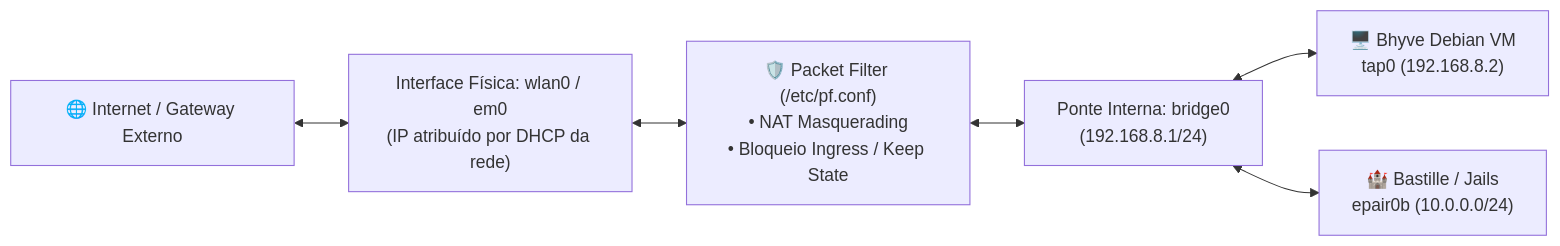
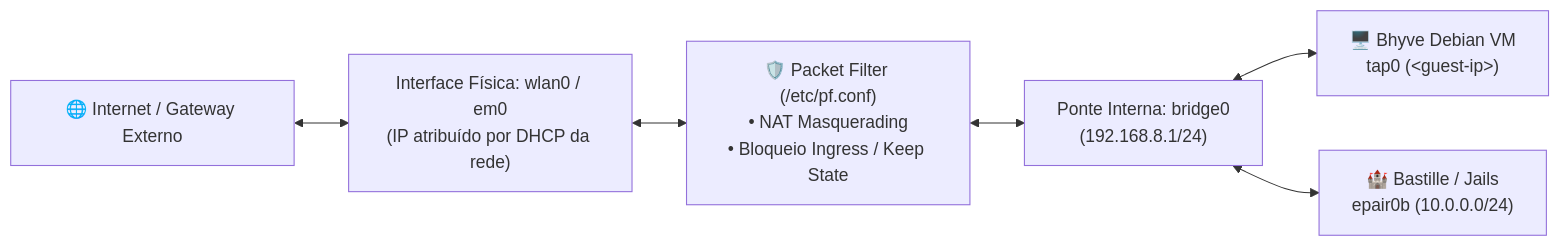
One commit to GabrielFrigo4/environment changed the diagram in docs/freebsd/03-redes-e-firewall-pf.md. Above: the diagram before and after it, drawn with Mermaid. The commit also changed other lines of this file and 26 other files, not shown here.

````diff
--- a/docs/freebsd/03-redes-e-firewall-pf.md
+++ b/docs/freebsd/03-redes-e-firewall-pf.md
@@ -11,15 +11,15 @@
 ```mermaid
 flowchart LR
     WAN["🌐 Internet / Gateway Externo"]
     EXT["Interface Física: wlan0 / em0<br/>(IP atribuído por DHCP da rede)"]
     PF["🛡️ Packet Filter (/etc/pf.conf)<br/>• NAT Masquerading<br/>• Bloqueio Ingress / Keep State"]
     BR["Ponte Interna: bridge0<br/>(192.168.8.1/24)"]
-    VM["🖥️ Bhyve Debian VM<br/>tap0 (192.168.8.2)"]
+    VM["🖥️ Bhyve Debian VM<br/>tap0 (&lt;guest-ip&gt;)"]
     JL["🏰 Bastille / Jails<br/>epair0b (10.0.0.0/24)"]
 
     WAN <--> EXT
     EXT <--> PF
     PF <--> BR
     BR <--> VM
     BR <--> JL
 ```
````
